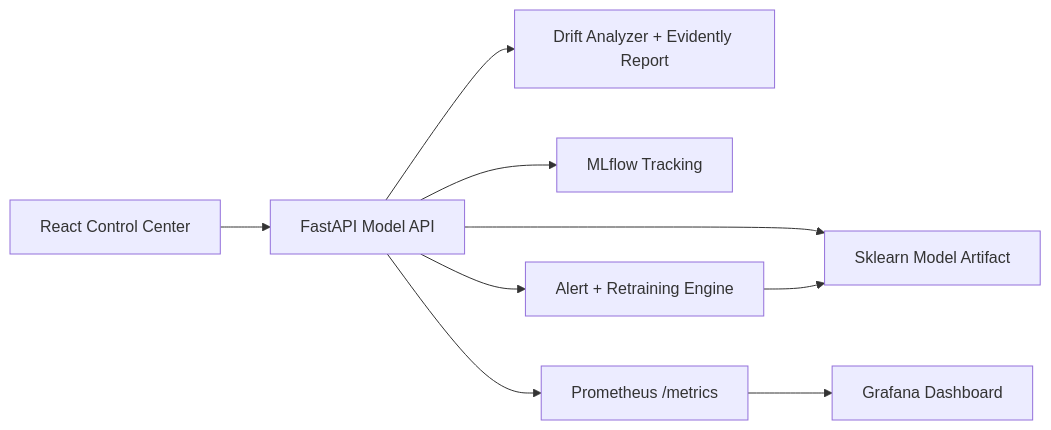
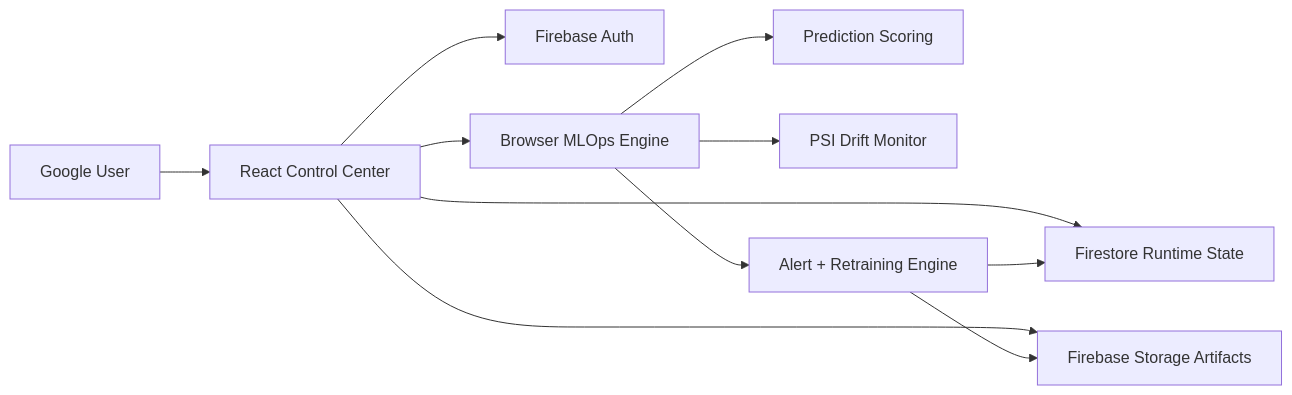
One commit to tirth1263/real-time-ml-ops-drifting-and-monitoring-system changed the diagram in README.md. Above: the diagram before and after it, drawn with Mermaid. The commit also changed other lines of this file and 20 other files, not shown here.

Commit message:
Build Firebase MLOps drift monitor app

````diff
--- a/README.md
+++ b/README.md
@@ -20,11 +23,13 @@
 ```mermaid
 flowchart LR
-  UI["React Control Center"] --> API["FastAPI Model API"]
-  API --> MODEL["Sklearn Model Artifact"]
-  API --> DRIFT["Drift Analyzer + Evidently Report"]
-  API --> MLFLOW["MLflow Tracking"]
-  API --> PROM["Prometheus /metrics"]
-  PROM --> GRAF["Grafana Dashboard"]
-  API --> ALERTS["Alert + Retraining Engine"]
-  ALERTS --> MODEL
+  USER["Google User"] --> UI["React Control Center"]
+  UI --> AUTH["Firebase Auth"]
+  UI --> FIRESTORE["Firestore Runtime State"]
+  UI --> STORAGE["Firebase Storage Artifacts"]
+  UI --> ENGINE["Browser MLOps Engine"]
+  ENGINE --> PRED["Prediction Scoring"]
+  ENGINE --> DRIFT["PSI Drift Monitor"]
+  ENGINE --> ALERTS["Alert + Retraining Engine"]
+  ALERTS --> STORAGE
+  ALERTS --> FIRESTORE
 ```
````
